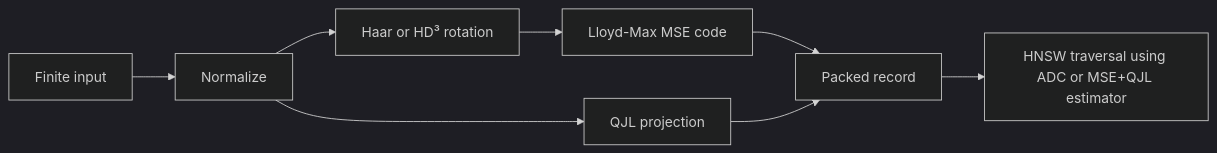
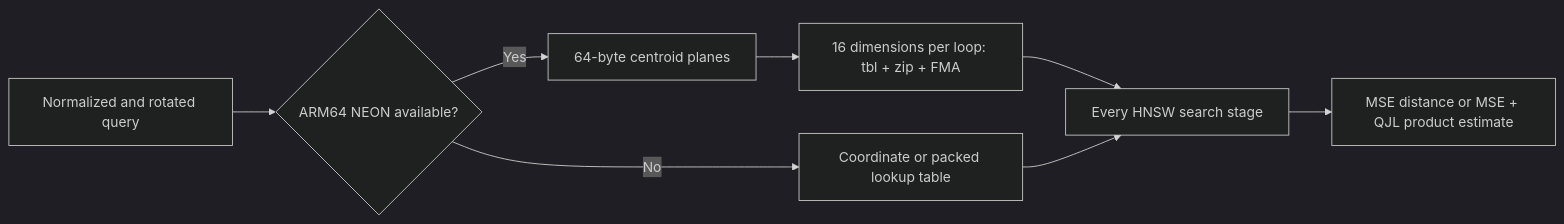
One commit to 1amageek/swift-hnsw changed the diagram in reports/turboquant_benchmark.md. Above: the diagram before and after it, drawn with Mermaid (dark theme). The commit also changed other lines of this file and 8 other files, not shown here.

````diff
--- a/reports/turboquant_benchmark.md
+++ b/reports/turboquant_benchmark.md
@@ -34,10 +41,10 @@
 ```mermaid
 flowchart LR
-    A["Finite input"] --> B["Normalize"]
-    B --> C["Haar or HD³ rotation"]
-    C --> D["Lloyd-Max MSE code"]
-    B --> E["QJL projection"]
-    D --> F["Packed record"]
+    A["Normalized and rotated query"] --> B{"ARM64 NEON available?"}
+    B -->|Yes| C["64-byte centroid planes"]
+    C --> D["16 dimensions per loop: tbl + zip + FMA"]
+    B -->|No| E["Coordinate or packed lookup table"]
+    D --> F["Every HNSW search stage"]
     E --> F
-    F --> G["HNSW traversal using ADC or MSE+QJL estimator"]
+    F --> G["MSE distance or MSE + QJL product estimate"]
 ```
````
